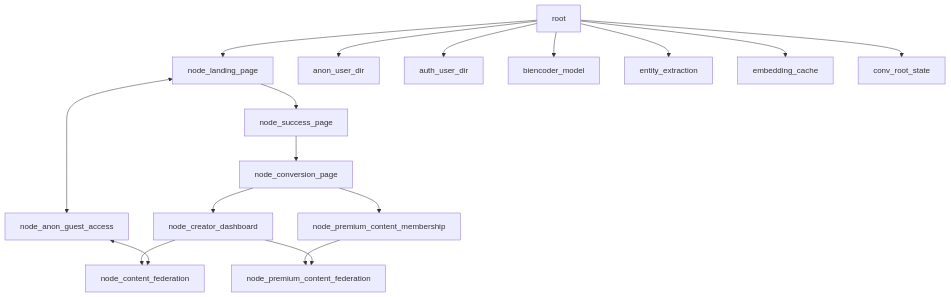
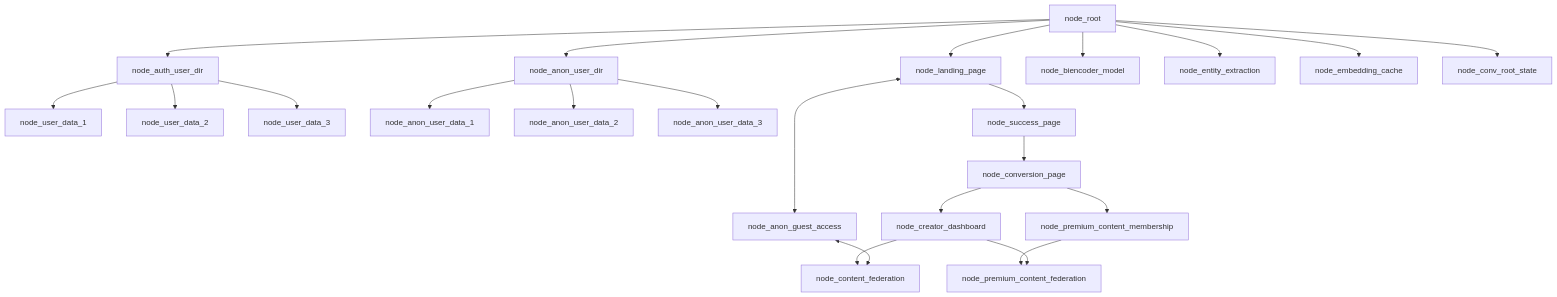
Before and after one commit to WrappedUsername/apexmite-jac: the first of 2 diagrams in README.md, drawn with Mermaid.

````diff
--- a/README.md
+++ b/README.md
@@ -44,19 +44,25 @@
 ```mermaid
 graph TD;
-    root-->node_landing_page
-    root-->anon_user_dir
-    root-->auth_user_dir
-    root-->biencoder_model
-    root-->entity_extraction
-    root-->embedding_cache
-    root-->conv_root_state
+    node_root-->node_landing_page
+    node_root-->node_anon_user_dir
+    node_root-->node_auth_user_dir
+    node_root-->node_biencoder_model
+    node_root-->node_entity_extraction
+    node_root-->node_embedding_cache
+    node_root-->node_conv_root_state
+    node_auth_user_dir-->node_user_data_1
+    node_auth_user_dir-->node_user_data_2
+    node_auth_user_dir-->node_user_data_3
+    node_anon_user_dir-->node_anon_user_data_1
+    node_anon_user_dir-->node_anon_user_data_2
+    node_anon_user_dir-->node_anon_user_data_3
     node_landing_page-->node_success_page
     node_landing_page<-->node_anon_guest_access
     node_success_page-->node_conversion_page
     node_conversion_page-->node_creator_dashboard
     node_conversion_page-->node_premium_content_membership
     node_premium_content_membership-->node_premium_content_federation
     node_creator_dashboard-->node_content_federation
     node_creator_dashboard-->node_premium_content_federation
     node_anon_guest_access<-->node_content_federation
 ```
````
